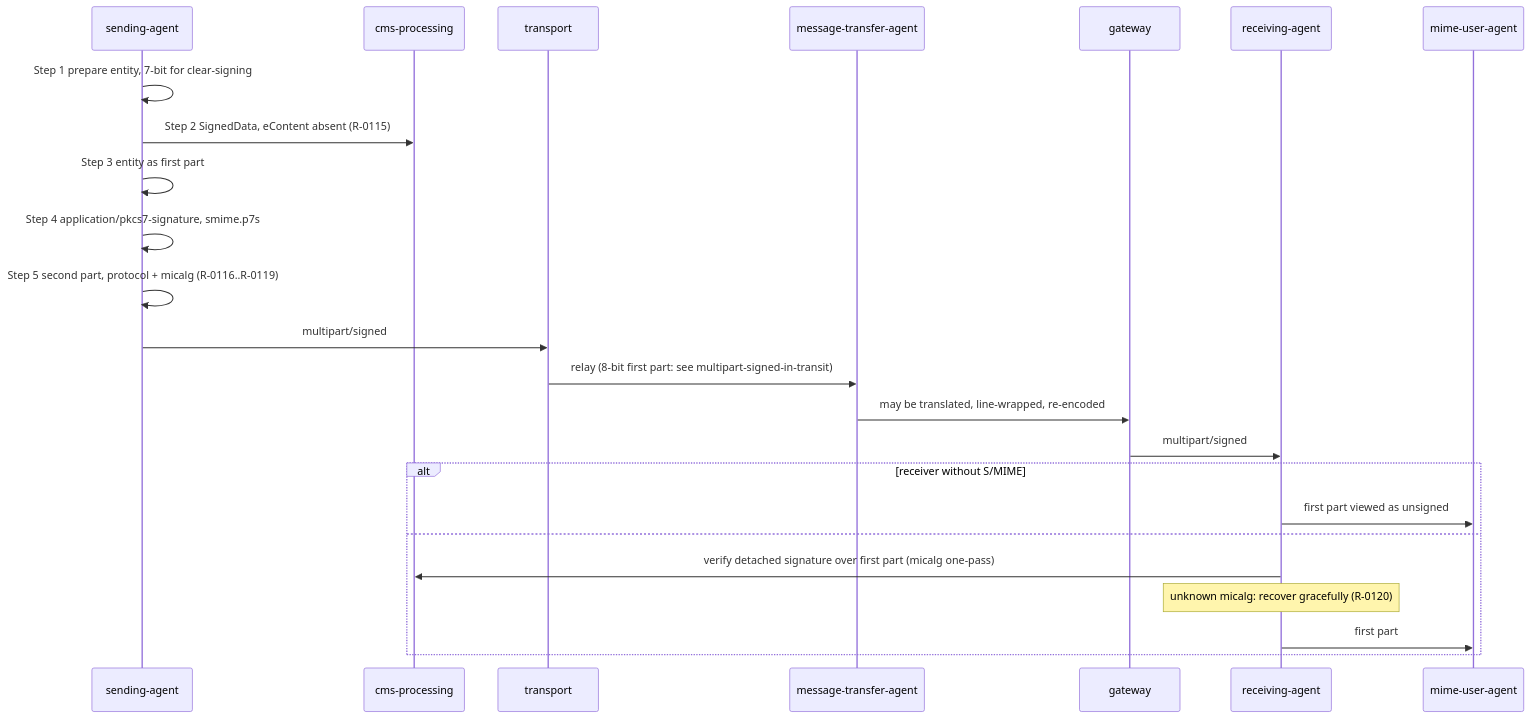
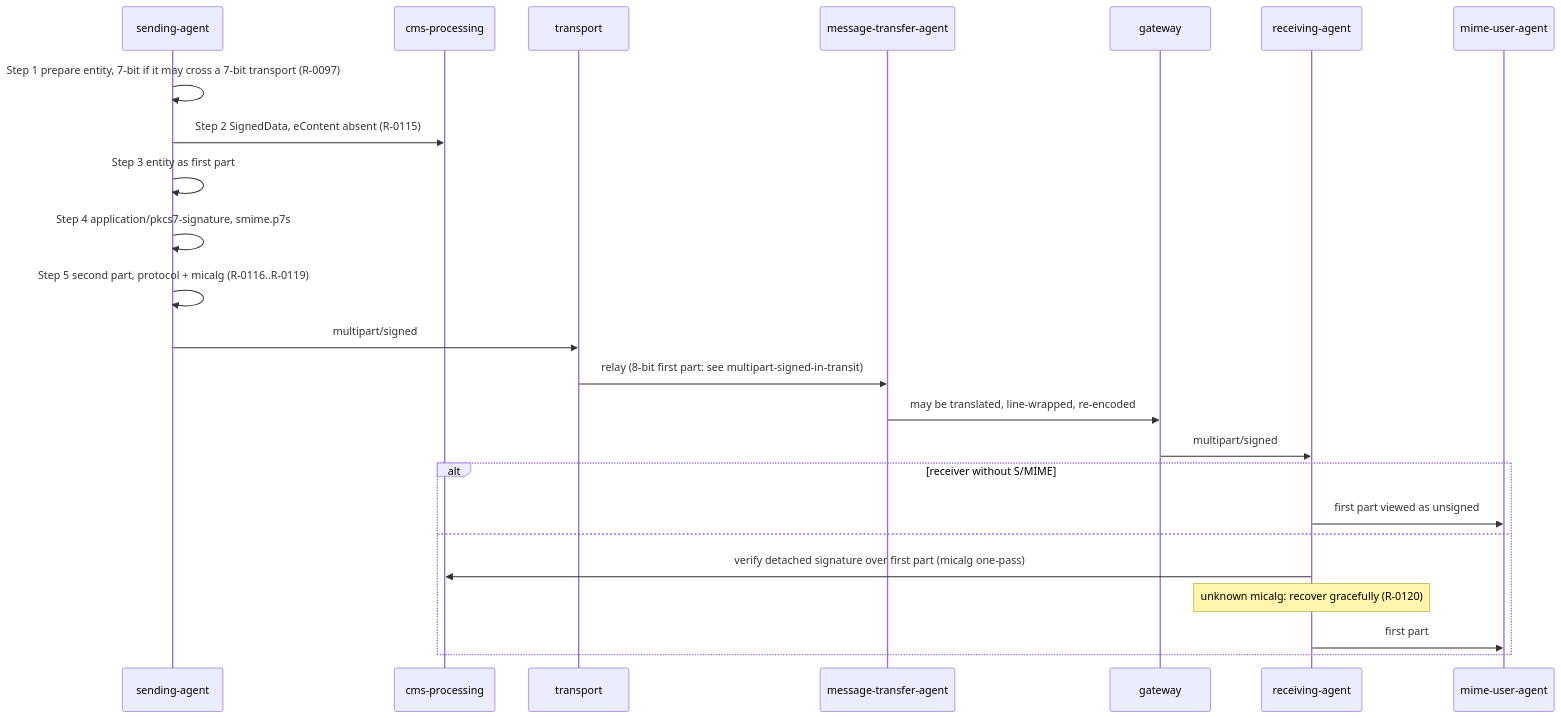
One commit to m-of-n/library changed the ninth of 28 diagrams in records/ietf/rfc-8551/distilled/protocol.md. Above: the diagram before and after it, drawn with Mermaid. The commit also changed other lines of this file and 12 other files, not shown here.

````diff
--- a/records/ietf/rfc-8551/distilled/protocol.md
+++ b/records/ietf/rfc-8551/distilled/protocol.md
@@ -229,26 +229,26 @@
 ```mermaid
 sequenceDiagram
   participant SA as sending-agent
   participant CMS as cms-processing
   participant T as transport
   participant MTA as message-transfer-agent
   participant G as gateway
   participant RA as receiving-agent
   participant MUA as mime-user-agent
-  SA->>SA: Step 1 prepare entity, 7-bit for clear-signing
+  SA->>SA: Step 1 prepare entity, 7-bit if it may cross a 7-bit transport (R-0097)
   SA->>CMS: Step 2 SignedData, eContent absent (R-0115)
   SA->>SA: Step 3 entity as first part
   SA->>SA: Step 4 application/pkcs7-signature, smime.p7s
   SA->>SA: Step 5 second part, protocol + micalg (R-0116..R-0119)
   SA->>T: multipart/signed
   T->>MTA: relay (8-bit first part: see multipart-signed-in-transit)
   MTA->>G: may be translated, line-wrapped, re-encoded
   G->>RA: multipart/signed
   alt receiver without S/MIME
     RA->>MUA: first part viewed as unsigned
   else
     RA->>CMS: verify detached signature over first part (micalg one-pass)
     Note over RA: unknown micalg: recover gracefully (R-0120)
     RA->>MUA: first part
   end
 ```
````
